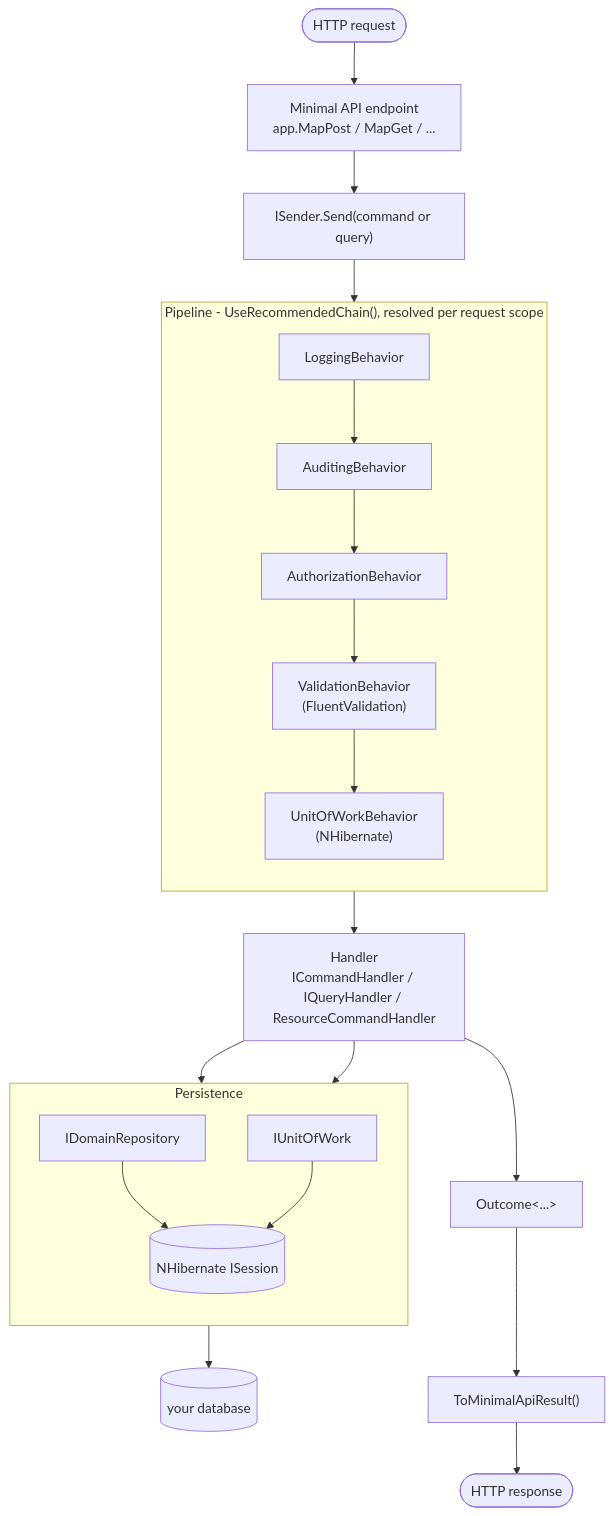
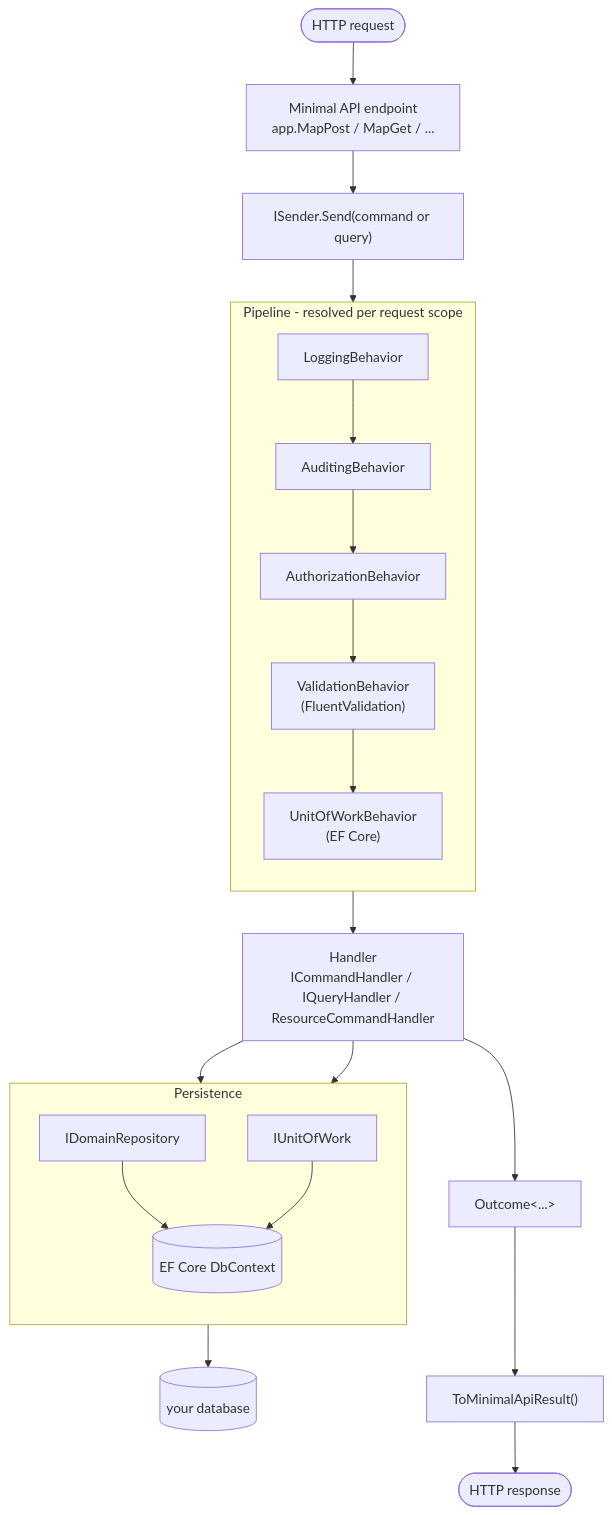
The first of 3 diagrams in documentation/beginners-guide-todo-api.md (rheone/interlocutor), drawn with Mermaid before and after one commit. The commit also changed other lines of this file and 2 other files, not shown here.

````diff
--- a/documentation/beginners-guide-todo-api.md
+++ b/documentation/beginners-guide-todo-api.md
@@ -35,30 +35,30 @@
 ```mermaid
 flowchart TD
     Client(["HTTP request"]) --> Endpoint["Minimal API endpoint<br/>app.MapPost / MapGet / ..."]
     Endpoint --> Sender["ISender.Send(command or query)"]
     Sender --> Logging
 
-    subgraph Pipeline ["Pipeline - UseRecommendedChain(), resolved per request scope"]
+    subgraph Pipeline ["Pipeline - resolved per request scope"]
         direction TB
         Logging["LoggingBehavior"] --> Auditing["AuditingBehavior"]
         Auditing --> Authorization["AuthorizationBehavior"]
         Authorization --> Validation["ValidationBehavior<br/>(FluentValidation)"]
-        Validation --> UnitOfWork["UnitOfWorkBehavior<br/>(NHibernate)"]
+        Validation --> UnitOfWork["UnitOfWorkBehavior<br/>(EF Core)"]
     end
 
     UnitOfWork --> Handler["Handler<br/>ICommandHandler / IQueryHandler / ResourceCommandHandler"]
 
     subgraph Persistence ["Persistence"]
         direction TB
-        Repository["IDomainRepository"] --> Session[("NHibernate ISession")]
+        Repository["IDomainRepository"] --> Session[("EF Core DbContext")]
         UoW["IUnitOfWork"] --> Session
     end
 
     Handler --> Repository
     Handler --> UoW
     Session --> Database[("your database")]
 
     Handler --> Outcome["Outcome&lt;...&gt;"]
     Outcome --> Result["ToMinimalApiResult()"]
     Result --> Response(["HTTP response"])
 ```
````
